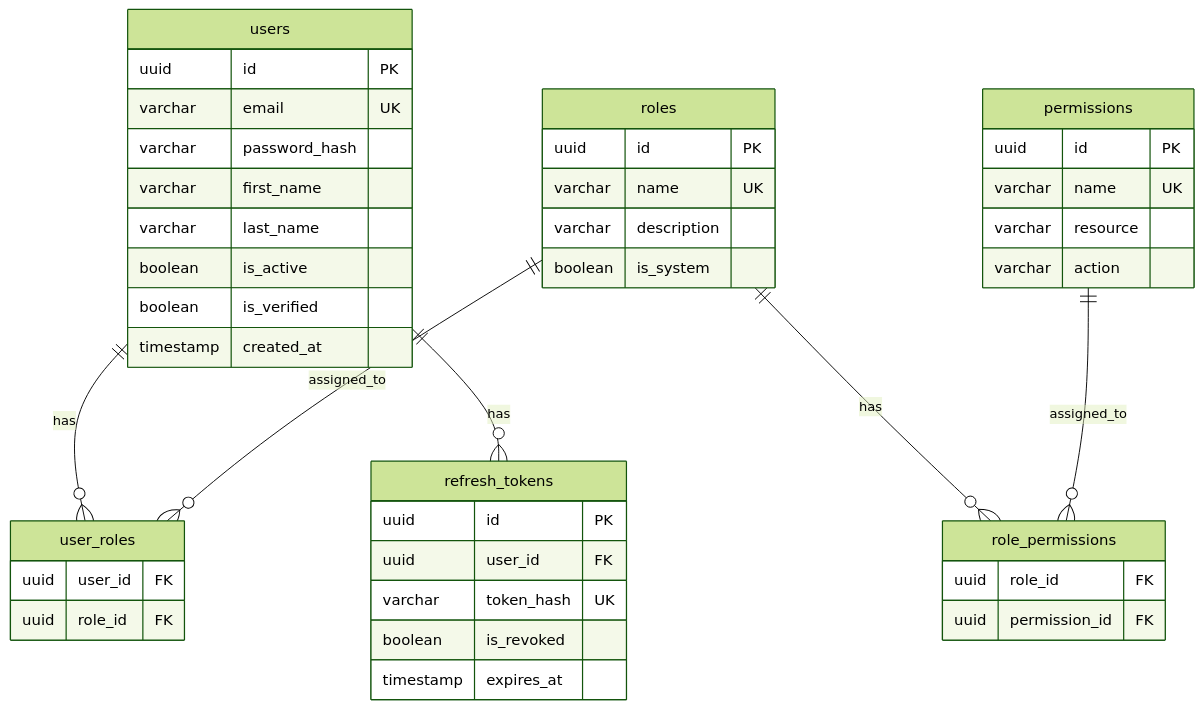
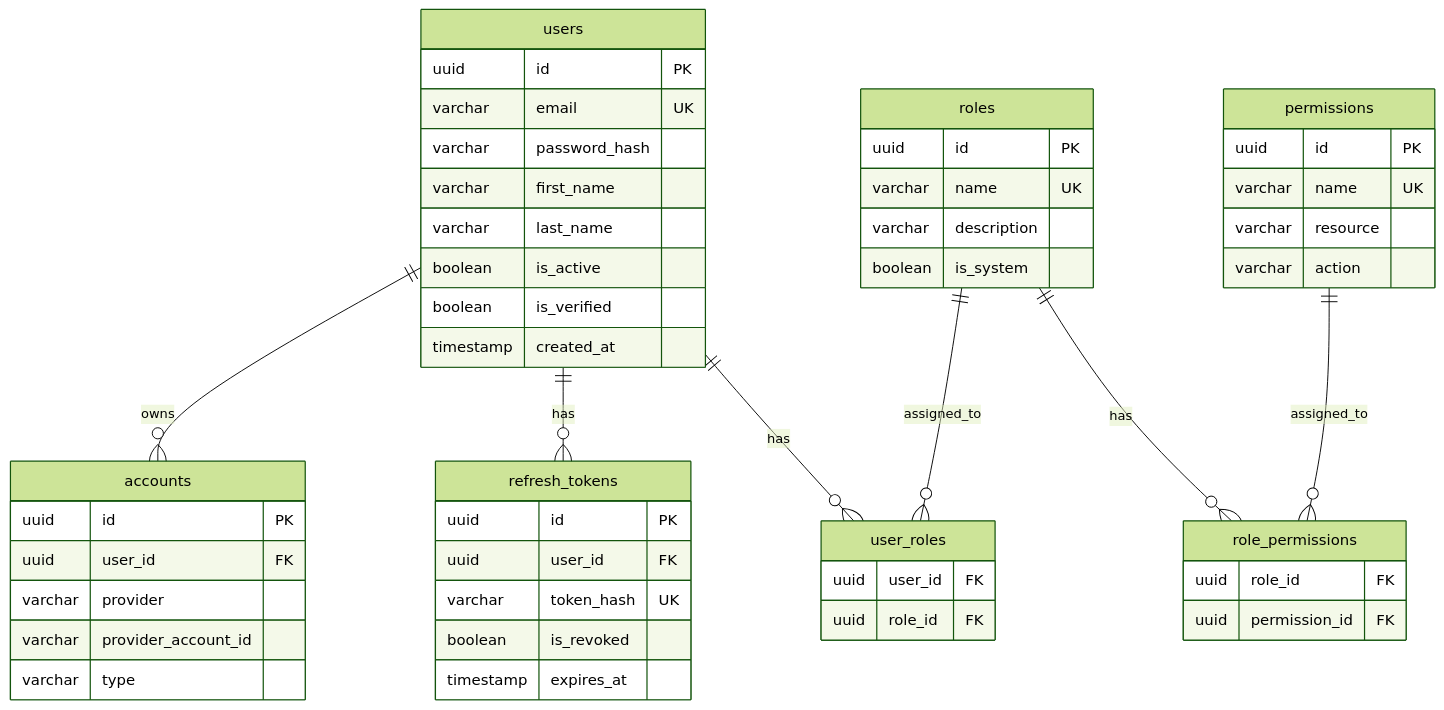
One commit to kursat-dev/Universal-Authentication-Backend changed the second of 2 diagrams in README.md. Above: the diagram before and after it, drawn with Mermaid (forest theme). The commit also changed other lines of this file and 3 other files, not shown here.

````diff
--- a/README.md
+++ b/README.md
@@ -119,51 +122,60 @@
 ```mermaid
 erDiagram
     users {
         uuid id PK
         varchar email UK
         varchar password_hash
         varchar first_name
         varchar last_name
         boolean is_active
         boolean is_verified
         timestamp created_at
     }
     
     roles {
         uuid id PK
         varchar name UK
         varchar description
         boolean is_system
     }
     
     permissions {
         uuid id PK
         varchar name UK
         varchar resource
         varchar action
     }
     
     user_roles {
         uuid user_id FK
         uuid role_id FK
     }
     
     role_permissions {
         uuid role_id FK
         uuid permission_id FK
     }
     
     refresh_tokens {
         uuid id PK
         uuid user_id FK
         varchar token_hash UK
         boolean is_revoked
         timestamp expires_at
     }
     
+    accounts {
+        uuid id PK
+        uuid user_id FK
+        varchar provider
+        varchar provider_account_id
+        varchar type
+    }
+    
     users ||--o{ user_roles : has
     roles ||--o{ user_roles : assigned_to
     roles ||--o{ role_permissions : has
     permissions ||--o{ role_permissions : assigned_to
     users ||--o{ refresh_tokens : has
+    users ||--o{ accounts : owns
 ```
````
